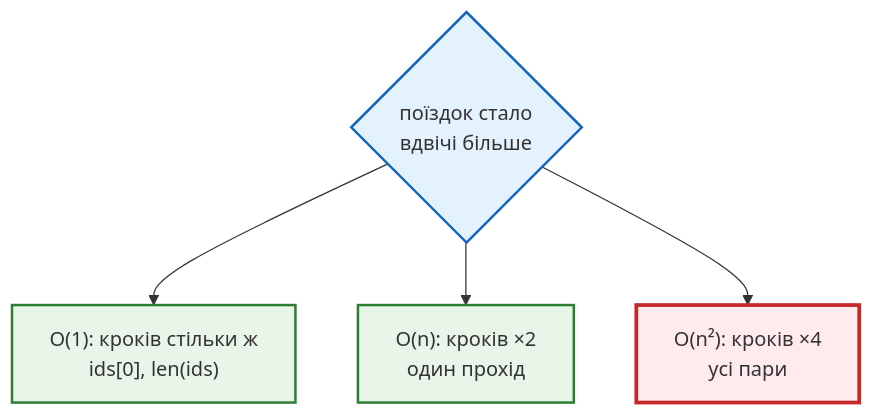
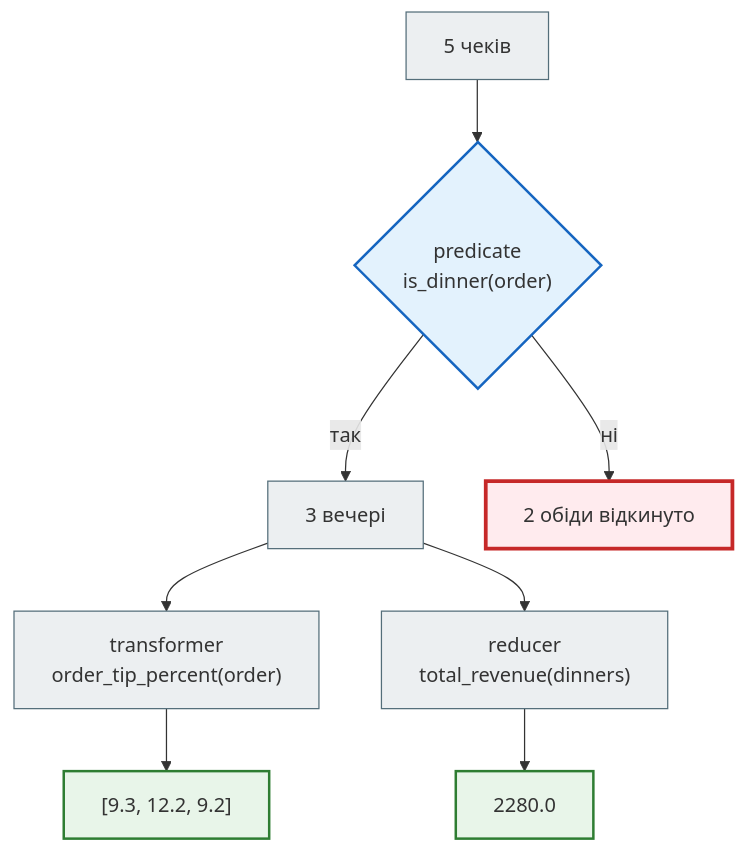
One commit to AlinaRadchenko/PY-Course-Victor-Nikoriak-22-09-2026 changed the third of 4 diagrams in docs/modules/m1/lesson_08.md. Above: the diagram before and after it, drawn with Mermaid. The commit also changed other lines of this file and 1846 other files, not shown here.

````diff
--- a/docs/modules/m1/lesson_08.md
+++ b/docs/modules/m1/lesson_08.md
@@ -223,16 +591,22 @@
 ```mermaid
 flowchart TD
     classDef step     fill:#eceff1,stroke:#546e7a,stroke-width:1px;
     classDef decision fill:#e3f2fd,stroke:#1565c0,stroke-width:2px;
     classDef success  fill:#e8f5e9,stroke:#2e7d32,stroke-width:2px;
     classDef error    fill:#ffebee,stroke:#c62828,stroke-width:3px;
     classDef warning  fill:#fff8e1,stroke:#e65100,stroke-width:2px;
 
-    D{"поїздок стало<br>вдвічі більше"} --> C["O(1): кроків стільки ж<br>ids[0], len(ids)"]
-    D --> L["O(n): кроків ×2<br>один прохід"]
-    D --> Q["O(n²): кроків ×4<br>усі пари"]
+    A["5 чеків"] --> P{"predicate<br>is_dinner(order)"}
+    P -- так --> D["3 вечері"]
+    P -- ні --> N["2 обіди відкинуто"]
+    D --> T["transformer<br>order_tip_percent(order)"]
+    T --> L["[9.3, 12.2, 9.2]"]
+    D --> R["reducer<br>total_revenue(dinners)"]
+    R --> V["2280.0"]
 
-    class D decision
-    class C,L success
-    class Q error
+    class A step
+    class P decision
+    class D,T,R step
+    class N error
+    class L,V success
 ```
````
